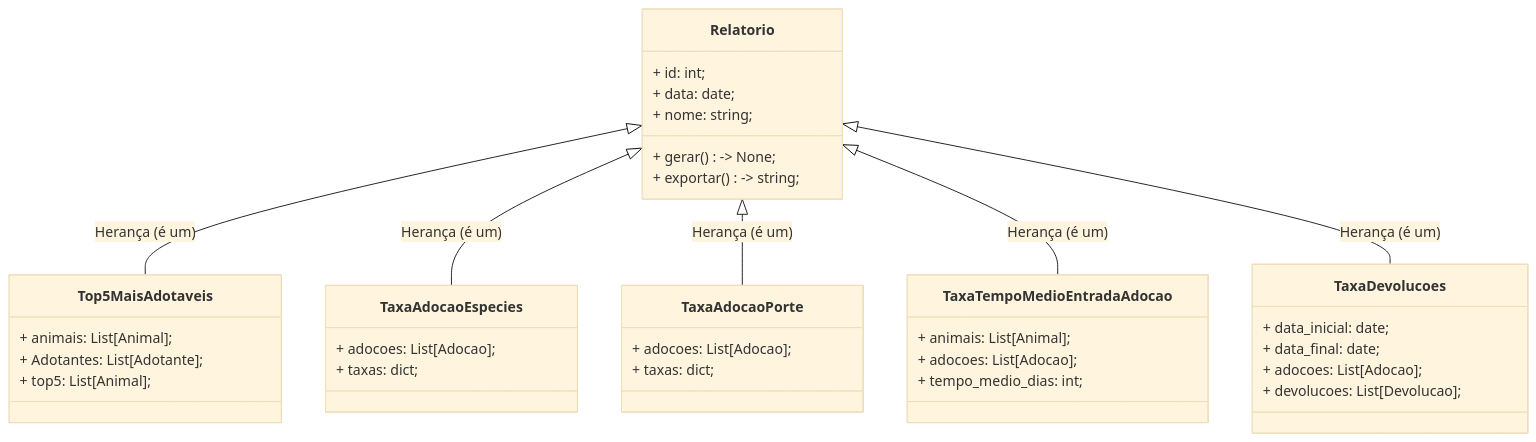
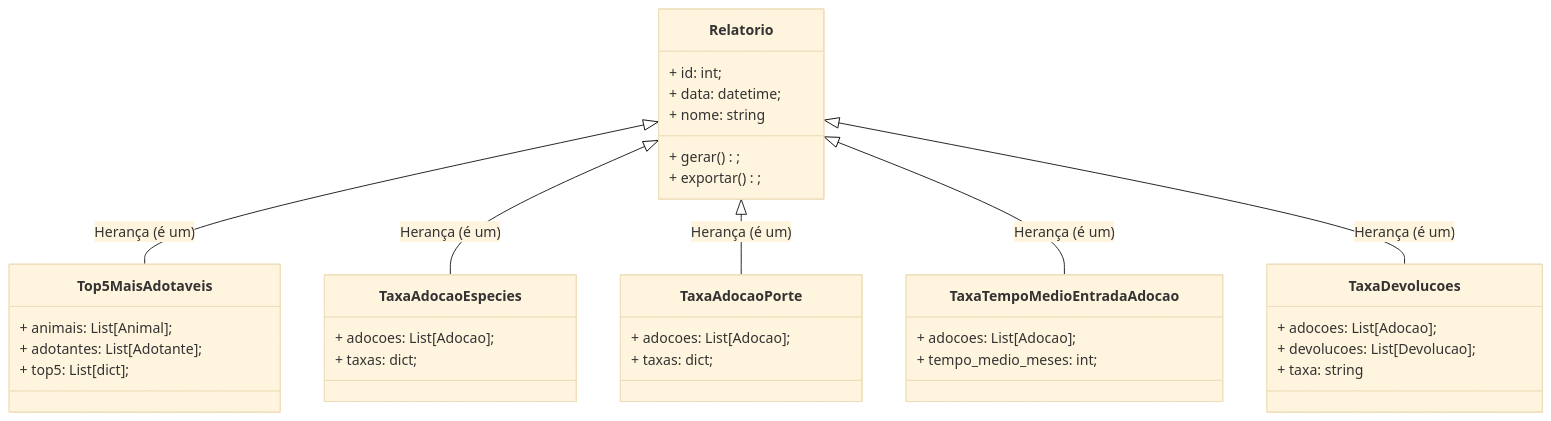
The sixth of 8 diagrams in docs/uml.md (Alisson014/projeto-1-poo-sistema-adocao-animais), drawn with Mermaid (base theme) before and after one commit. The commit also changed other lines of this file and 2 other files, not shown here.

Commit message:
docs: update documentation to include tests and uml updates

````diff
--- a/docs/uml.md
+++ b/docs/uml.md
@@ -214,46 +214,44 @@
 ```mermaid
 classDiagram
     class Relatorio {
         + id: int;
-        + data: date;
-        + nome: string;
-        + gerar() -> None;
-        + exportar() -> string;
+        + data: datetime;
+        + nome: string
+        + gerar();
+        + exportar();
     }
 
     class Top5MaisAdotaveis {
         + animais: List[Animal];
-        + Adotantes: List[Adotante];
-        + top5: List[Animal];
+        + adotantes: List[Adotante];
+        + top5: List[dict];
     }
 
     class TaxaAdocaoEspecies {
         + adocoes: List[Adocao];
         + taxas: dict;
     }
 
     class TaxaAdocaoPorte {
         + adocoes: List[Adocao];
         + taxas: dict;
     }
 
     class TaxaTempoMedioEntradaAdocao {
-        + animais: List[Animal];
         + adocoes: List[Adocao];
-        + tempo_medio_dias: int;
+        + tempo_medio_meses: int;
     }
 
     class TaxaDevolucoes {
-        + data_inicial: date;
-        + data_final: date;
         + adocoes: List[Adocao];
         + devolucoes: List[Devolucao];
+        + taxa: string
     }
 
     %% Relacionamentos
     Relatorio <|-- Top5MaisAdotaveis : Herança (é um)
     Relatorio <|-- TaxaAdocaoEspecies : Herança (é um)
     Relatorio <|-- TaxaAdocaoPorte : Herança (é um)
     Relatorio <|-- TaxaTempoMedioEntradaAdocao : Herança (é um)
     Relatorio <|-- TaxaDevolucoes : Herança (é um)
 ```
````
